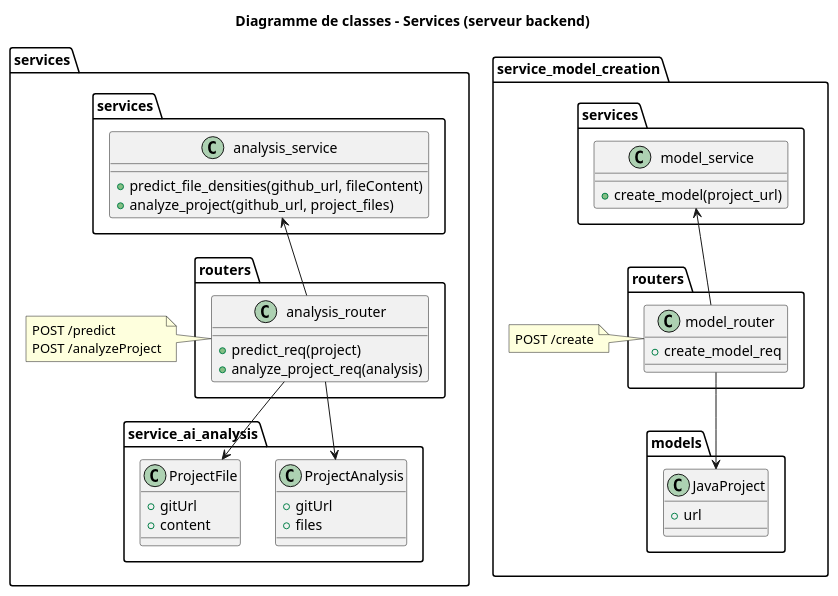
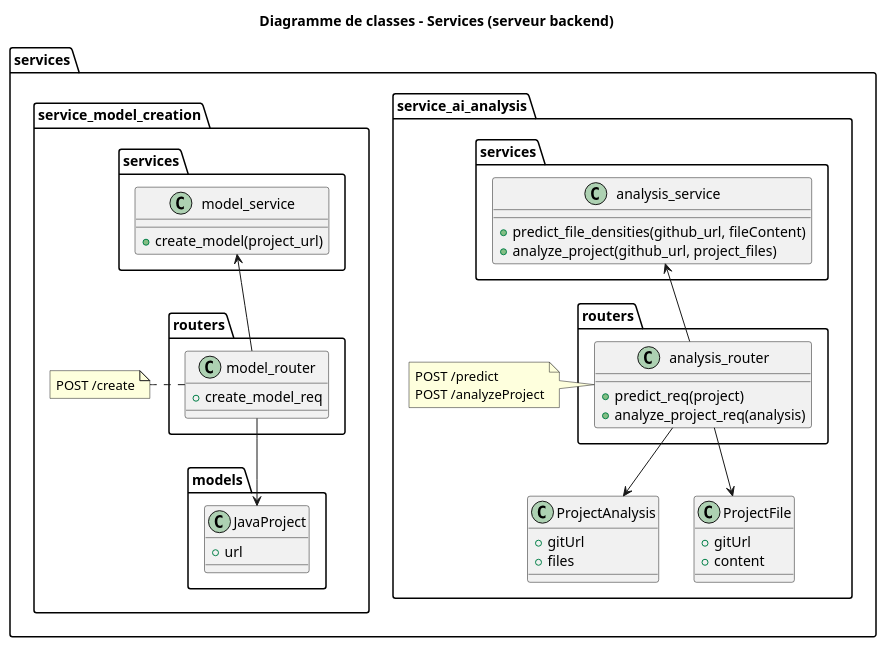
The diagram in artifacts/classes - services.puml (DaREf-MS/log-density-plugin), drawn with PlantUML before and after one commit.

```diff
--- a/artifacts/classes - services.puml
+++ b/artifacts/classes - services.puml
@@ -1,68 +1,70 @@
 @startuml
+skinparam linetype polyline
 
 title Diagramme de classes - Services (serveur backend)
 
 package services {
     package service_ai_analysis {
-            class ProjectAnalysis {
-                +gitUrl
-                +files
-            }
+        class ProjectAnalysis {
+            +gitUrl
+            +files
+        }
 
-            class ProjectFile {
-                +gitUrl
-                +content
-            }
+        class ProjectFile {
+            +gitUrl
+            +content
         }
 
         package routers {
             class analysis_router {
                 +predict_req(project)
                 +analyze_project_req(analysis)
             }
         }
 
         note left of  analysis_router
             POST /predict
             POST /analyzeProject
         end note
 
         package services {
             class analysis_service {
                 +predict_file_densities(github_url, fileContent)
                 +analyze_project(github_url, project_files)
             }
         }
+
+        analysis_router -d-> ProjectAnalysis
+        analysis_router -d-> ProjectFile
+        analysis_router -u-> analysis_service
     }
-    analysis_router -d-> ProjectAnalysis
-    analysis_router -d-> ProjectFile
-    analysis_router -u-> analysis_service
 
     package service_model_creation {
         package models {
             class JavaProject {
                 +url
             }
         }
 
         package routers {
             class model_router {
                 +create_model_req
             }
         }
 
         note right of  model_router
             POST /create
         end note
 
         package services {
             class model_service {
                 +create_model(project_url)
             }
         }
+
+        model_router --> JavaProject
+        model_router -u-> model_service
     }
-    model_router --> JavaProject
-    model_router -u-> model_service
 }
 
 @enduml
```
